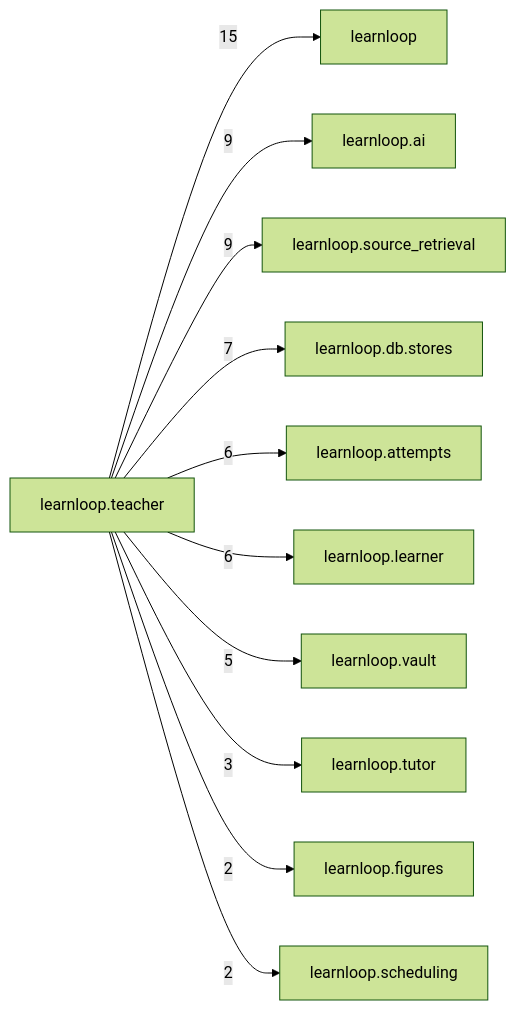
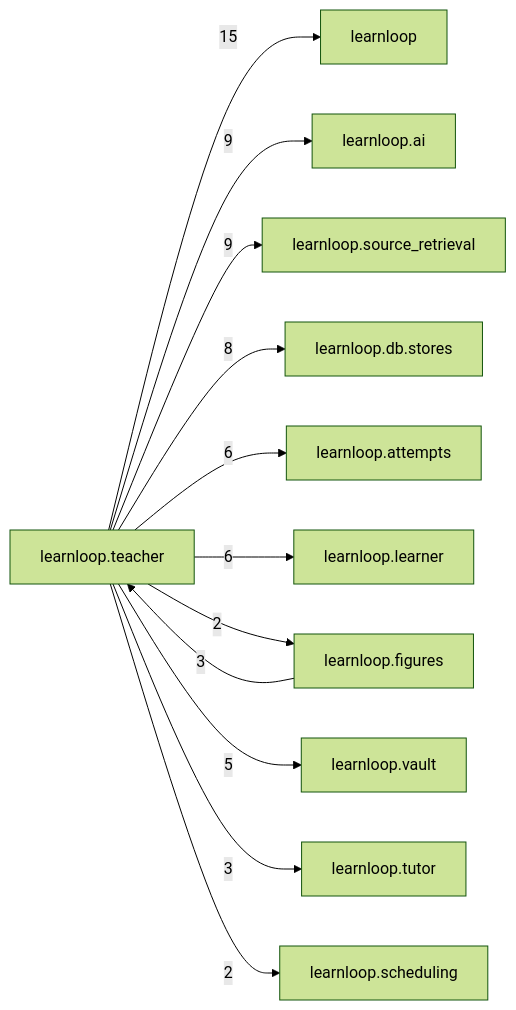
One commit to 6up-b/learnanything changed the diagram in docs/learnloop-architecture-vault/Reference/Modules/learnloop/teacher/_package.md. Above: the diagram before and after it, drawn with Mermaid (forest theme). The commit also changed other lines of this file and 601 other files, not shown here.

````diff
--- a/docs/learnloop-architecture-vault/Reference/Modules/learnloop/teacher/_package.md
+++ b/docs/learnloop-architecture-vault/Reference/Modules/learnloop/teacher/_package.md
@@ -101,24 +102,25 @@
 ```mermaid
 flowchart LR
     center["learnloop.teacher"]
     n_learnloop["learnloop"]
     n_learnloop_ai["learnloop.ai"]
     n_learnloop_source_retrieval["learnloop.source_retrieval"]
     n_learnloop_db_stores["learnloop.db.stores"]
     n_learnloop_attempts["learnloop.attempts"]
     n_learnloop_learner["learnloop.learner"]
+    n_learnloop_figures["learnloop.figures"]
     n_learnloop_vault["learnloop.vault"]
     n_learnloop_tutor["learnloop.tutor"]
-    n_learnloop_figures["learnloop.figures"]
     n_learnloop_scheduling["learnloop.scheduling"]
     center -->|15| n_learnloop
     center -->|9| n_learnloop_ai
     center -->|9| n_learnloop_source_retrieval
-    center -->|7| n_learnloop_db_stores
+    center -->|8| n_learnloop_db_stores
     center -->|6| n_learnloop_attempts
     center -->|6| n_learnloop_learner
+    n_learnloop_figures -->|3| center
+    center -->|2| n_learnloop_figures
     center -->|5| n_learnloop_vault
     center -->|3| n_learnloop_tutor
-    center -->|2| n_learnloop_figures
     center -->|2| n_learnloop_scheduling
 ```
````
